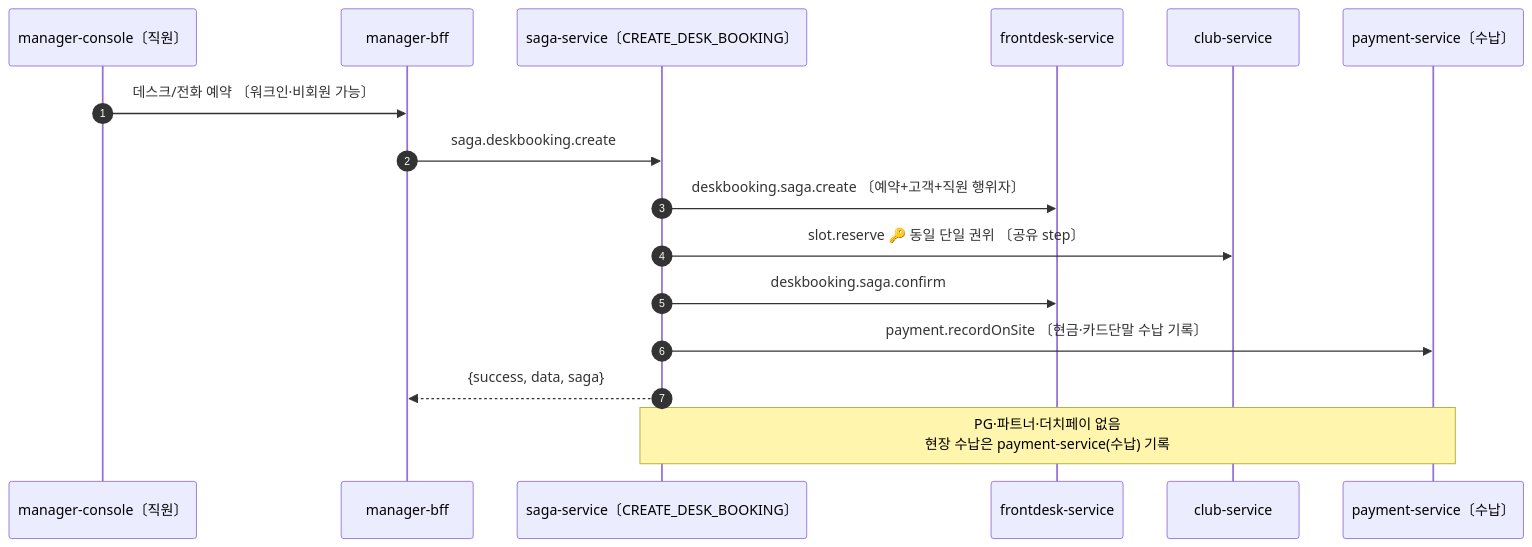
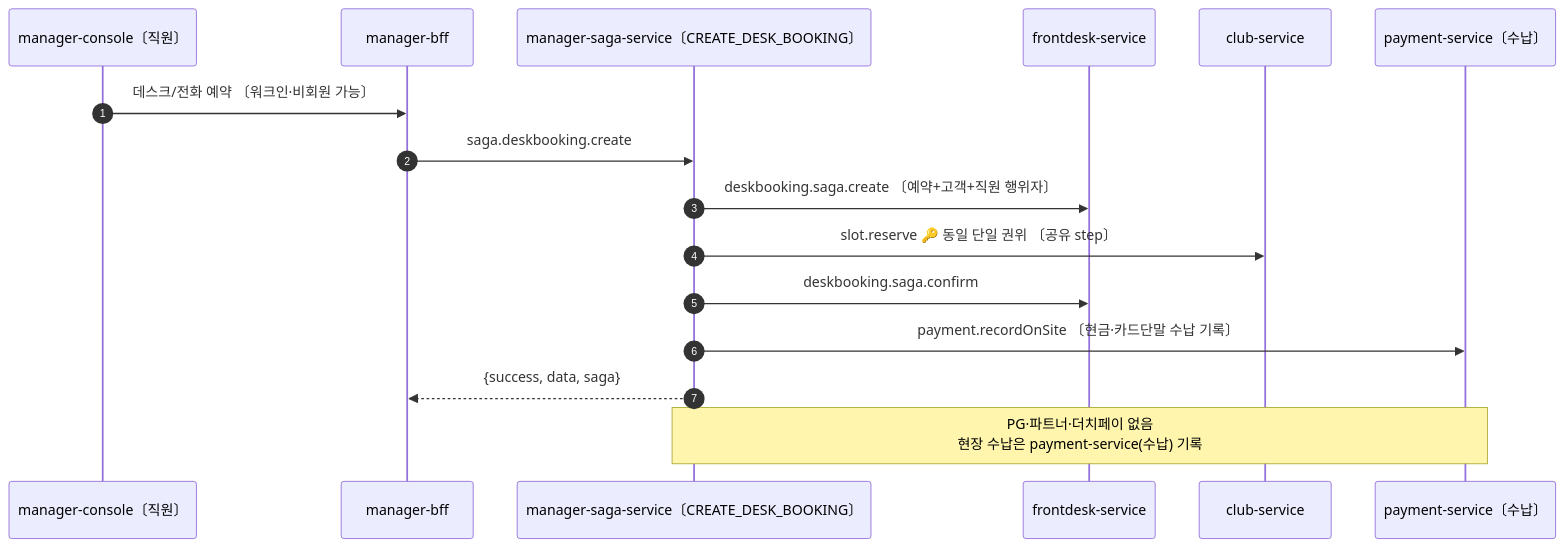
One commit to uniyous/parkgolf-platform changed the seventh of 10 diagrams in docs/architecture/erp-booking-split.md. Above: the diagram before and after it, drawn with Mermaid. The commit also changed other lines of this file and 70 other files, not shown here.

First line of the commit message:
refactor(saga): saga-service → marketplace-saga-service 리네임 (UNI-127)

````diff
--- a/docs/architecture/erp-booking-split.md
+++ b/docs/architecture/erp-booking-split.md
@@ -406,19 +408,19 @@
 ```mermaid
 sequenceDiagram
     autonumber
     participant ST as manager-console〔직원〕
     participant MB as manager-bff
-    participant SG as saga-service〔CREATE_DESK_BOOKING〕
+    participant SG as manager-saga-service〔CREATE_DESK_BOOKING〕
     participant FD as frontdesk-service
     participant CL as club-service
     participant PM as payment-service〔수납〕
 
     ST->>MB: 데스크/전화 예약 〔워크인·비회원 가능〕
     MB->>SG: saga.deskbooking.create
     SG->>FD: deskbooking.saga.create 〔예약+고객+직원 행위자〕
     SG->>CL: slot.reserve 🔑 동일 단일 권위 〔공유 step〕
     SG->>FD: deskbooking.saga.confirm
     SG->>PM: payment.recordOnSite 〔현금·카드단말 수납 기록〕
     SG-->>MB: {success, data, saga}
     Note over PM,SG: PG·파트너·더치페이 없음<br/>현장 수납은 payment-service(수납) 기록
 ```
````
